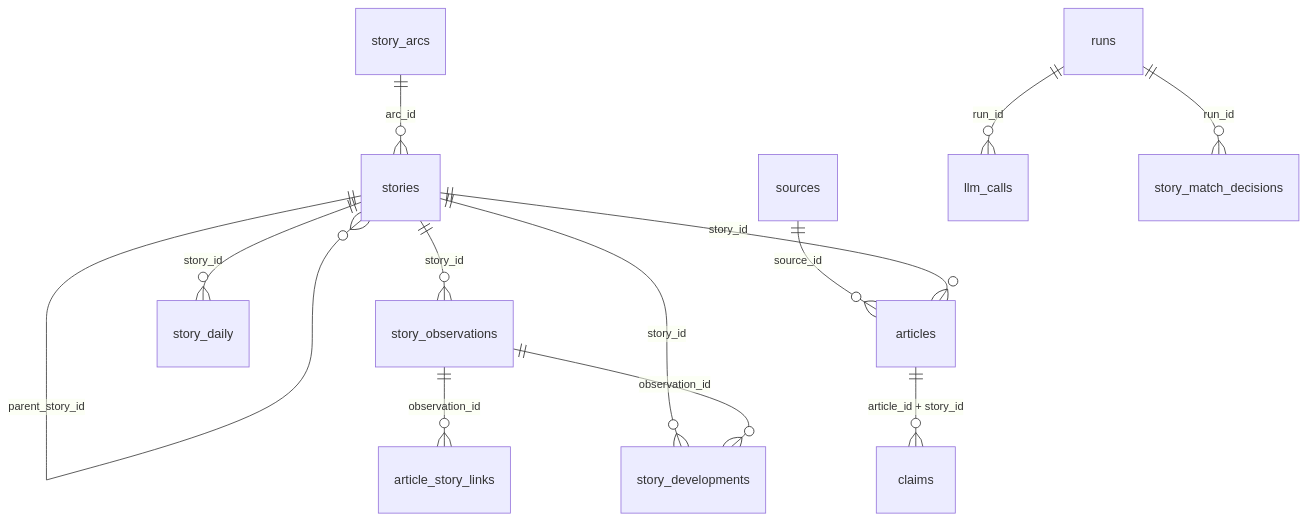
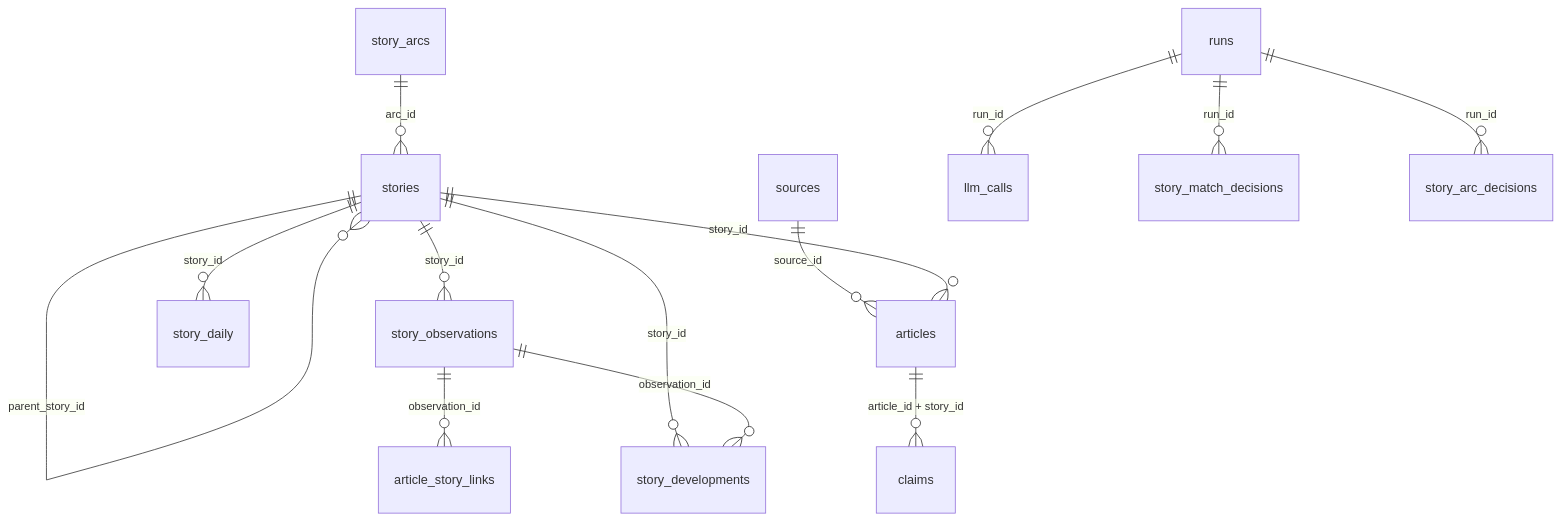
Before and after one commit to MecGlandorff/News: the diagram in docs/database-guide.md, drawn with Mermaid. The commit also changed other lines of this file and 8 other files, not shown here.

````diff
--- a/docs/database-guide.md
+++ b/docs/database-guide.md
@@ -33,15 +33,16 @@
 ```mermaid
 erDiagram
     sources ||--o{ articles : "source_id"
     story_arcs ||--o{ stories : "arc_id"
     stories ||--o{ stories : "parent_story_id"
     stories ||--o{ story_daily : "story_id"
     stories ||--o{ story_observations : "story_id"
     stories ||--o{ story_developments : "story_id"
     stories ||--o{ articles : "story_id"
     story_observations ||--o{ article_story_links : "observation_id"
     story_observations ||--o{ story_developments : "observation_id"
     articles ||--o{ claims : "article_id + story_id"
     runs ||--o{ llm_calls : "run_id"
     runs ||--o{ story_match_decisions : "run_id"
+    runs ||--o{ story_arc_decisions : "run_id"
 ```
````
